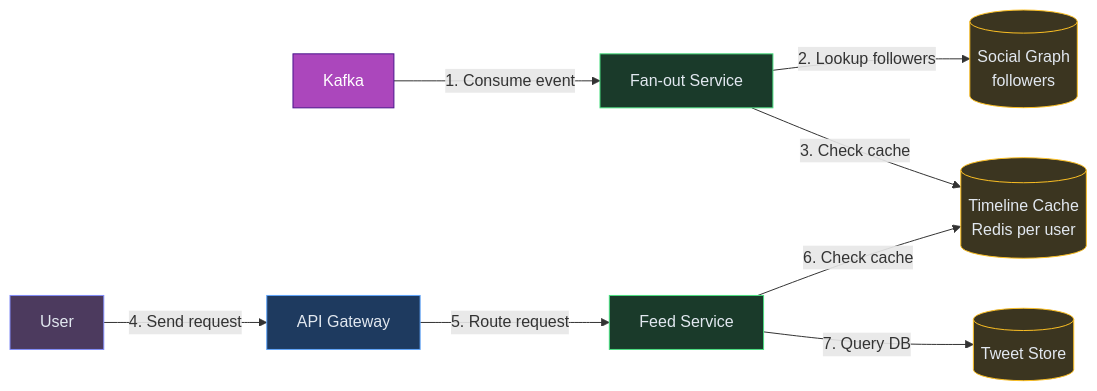
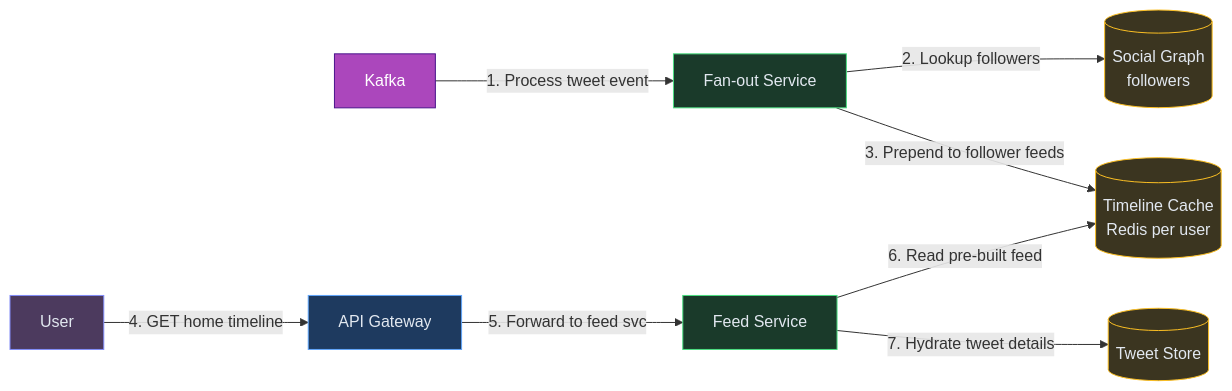
Before and after one commit to iluzn/HLD-Designs: the seventh of 12 diagrams in content/hld/TwitterFeed.md, drawn with Mermaid. The commit also changed other lines of this file and 27 other files, not shown here.

````diff
--- a/content/hld/TwitterFeed.md
+++ b/content/hld/TwitterFeed.md
@@ -259,25 +259,25 @@
 ```mermaid
 flowchart LR
     K["Kafka"]:::async
     FANOUT["Fan-out Service"]:::service
     GRAPH[("Social Graph<br/>followers")]:::data
     CACHE[("Timeline Cache<br/>Redis per user")]:::data
     READER["User"]:::client
     GW["API Gateway"]:::edge
     FEED["Feed Service"]:::service
     TDB[("Tweet Store")]:::data
 
-    K -->|"1. Consume event"| FANOUT
+    K -->|"1. Process tweet event"| FANOUT
     FANOUT -->|"2. Lookup followers"| GRAPH
-    FANOUT -->|"3. Check cache"| CACHE
-    READER -->|"4. Send request"| GW
-    GW -->|"5. Route request"| FEED
-    FEED -->|"6. Check cache"| CACHE
-    FEED -->|"7. Query DB"| TDB
+    FANOUT -->|"3. Prepend to follower feeds"| CACHE
+    READER -->|"4. GET home timeline"| GW
+    GW -->|"5. Forward to feed svc"| FEED
+    FEED -->|"6. Read pre-built feed"| CACHE
+    FEED -->|"7. Hydrate tweet details"| TDB
 
     classDef client fill:#4c3a5e,stroke:#818cf8,color:#e2e8f0
     classDef edge fill:#1e3a5f,stroke:#60a5fa,color:#e2e8f0
     classDef service fill:#1a3a2a,stroke:#4ade80,color:#e2e8f0
     classDef data fill:#3b3520,stroke:#fbbf24,color:#e2e8f0
     classDef async fill:#AB47BC,stroke:#4A148C,color:#fff
 ```
````
